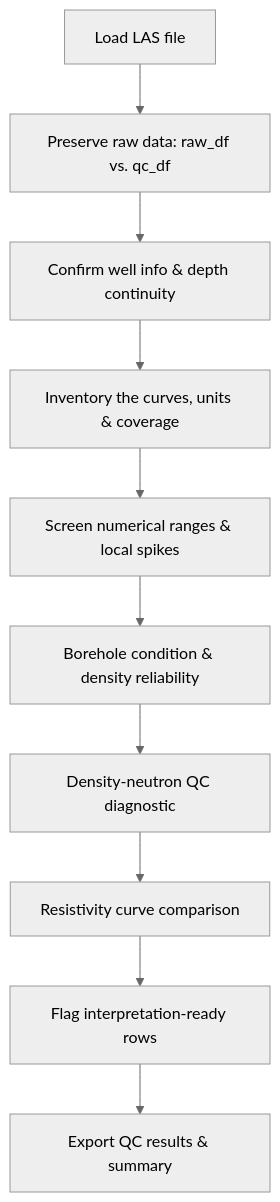
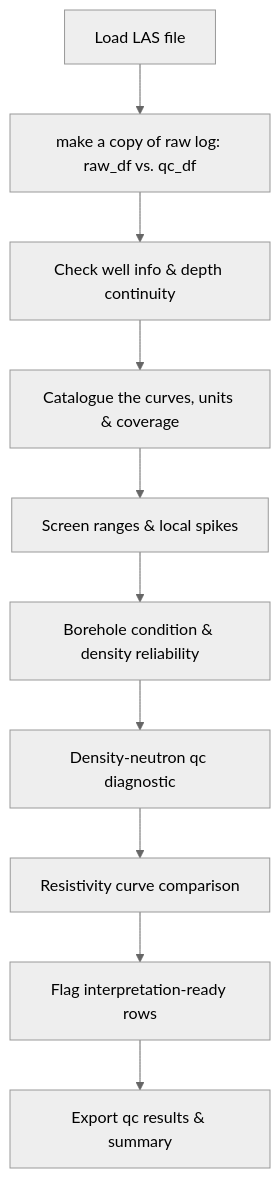
One commit to lindahafrifa-code/Automated-well-log-qc-formation-evaluation changed the diagram in README.md. Above: the diagram before and after it, drawn with Mermaid (neutral theme). The commit also changed other lines of this file, not shown here.

First line of the commit message:
Revise README flowchart and enhance descriptions

````diff
--- a/README.md
+++ b/README.md
@@ -50,12 +50,12 @@
 ```mermaid
 flowchart TD
-    A[Load LAS file] --> B[Preserve raw data: raw_df vs. qc_df]
-    B --> C[Confirm well info & depth continuity]
-    C --> D[Inventory the curves, units & coverage]
-    D --> E[Screen numerical ranges & local spikes]
+    A[Load LAS file] --> B[make a copy of raw log: raw_df vs. qc_df]
+    B --> C[Check well info & depth continuity]
+    C --> D[Catalogue the curves, units & coverage]
+    D --> E[Screen ranges & local spikes]
     E --> F[Borehole condition & density reliability]
-    F --> G[Density-neutron QC diagnostic]
+    F --> G[Density-neutron qc diagnostic]
     G --> H[Resistivity curve comparison]
     H --> I[Flag interpretation-ready rows]
-    I --> J[Export QC results & summary]
+    I --> J[Export qc results & summary]
 ```
````
